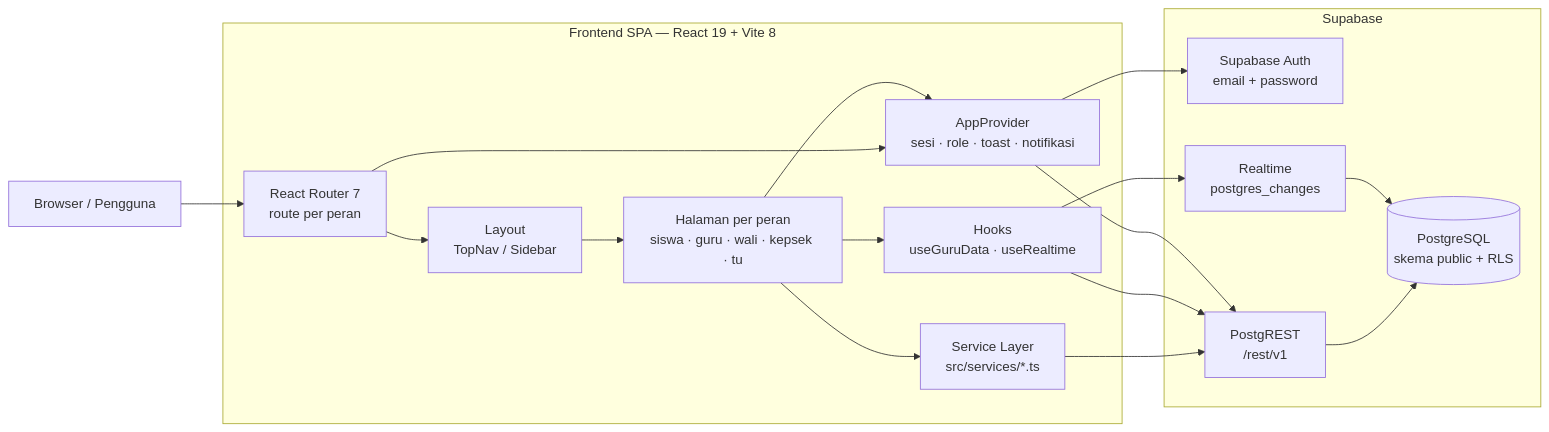
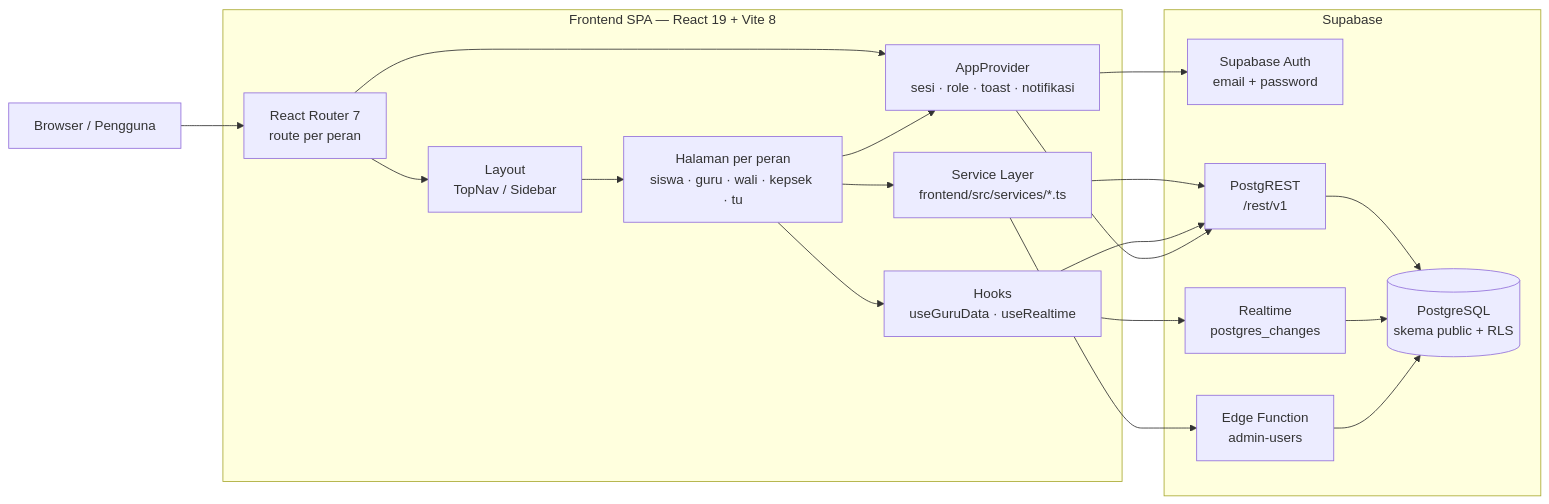
Before and after one commit to diyan-prog/Sistem-Pembelajaran-Digital-LMS: the first of 3 diagrams in README.md, drawn with Mermaid. The commit also changed other lines of this file and 7 other files, not shown here.

````diff
--- a/README.md
+++ b/README.md
@@ -11,35 +11,38 @@
 ```mermaid
 flowchart LR
     U[Browser / Pengguna]
 
     subgraph FE["Frontend SPA — React 19 + Vite 8"]
         R[React Router 7<br/>route per peran]
         L[Layout<br/>TopNav / Sidebar]
         P[Halaman per peran<br/>siswa · guru · wali · kepsek · tu]
-        S[Service Layer<br/>src/services/*.ts]
+        S[Service Layer<br/>frontend/src/services/*.ts]
         H[Hooks<br/>useGuruData · useRealtime]
         C[AppProvider<br/>sesi · role · toast · notifikasi]
     end
 
     subgraph SB["Supabase"]
         A[Supabase Auth<br/>email + password]
         API[PostgREST<br/>/rest/v1]
         RT[Realtime<br/>postgres_changes]
+        FN[Edge Function<br/>admin-users]
         DB[(PostgreSQL<br/>skema public + RLS)]
     end
 
     U --> R
     R --> C
     R --> L
     L --> P
     P --> S
     P --> H
     P --> C
     S --> API
     H --> API
     H --> RT
     C --> A
     C --> API
+    S --> FN
     API --> DB
     RT --> DB
+    FN --> DB
 ```
````
